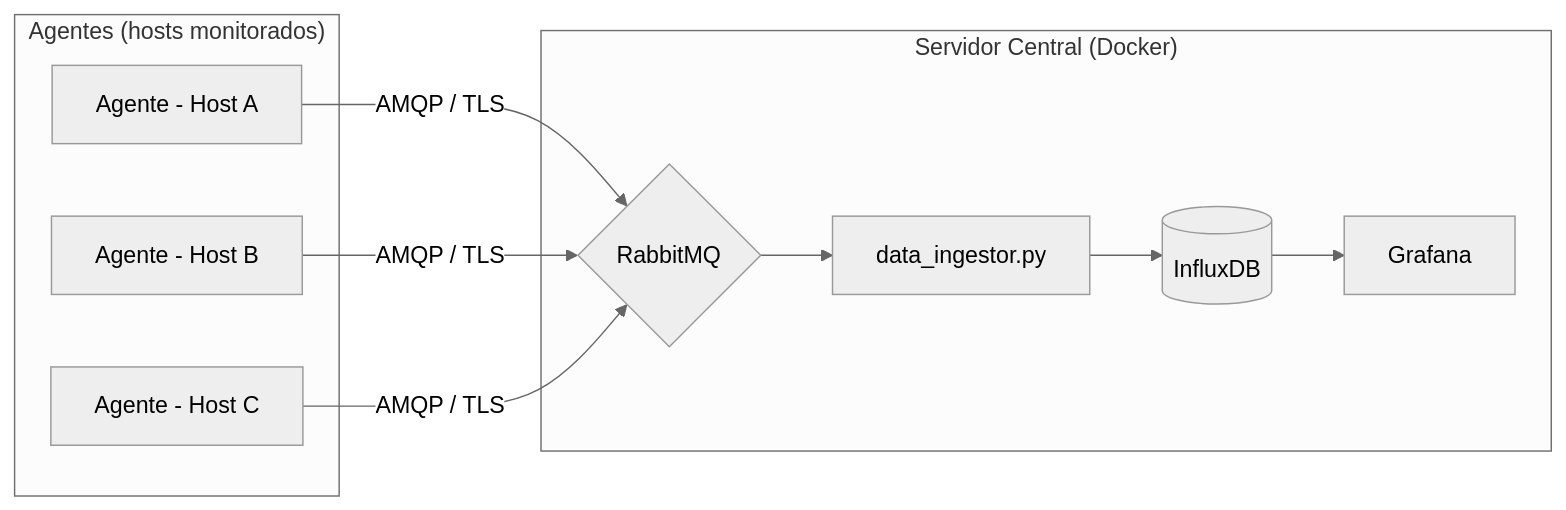
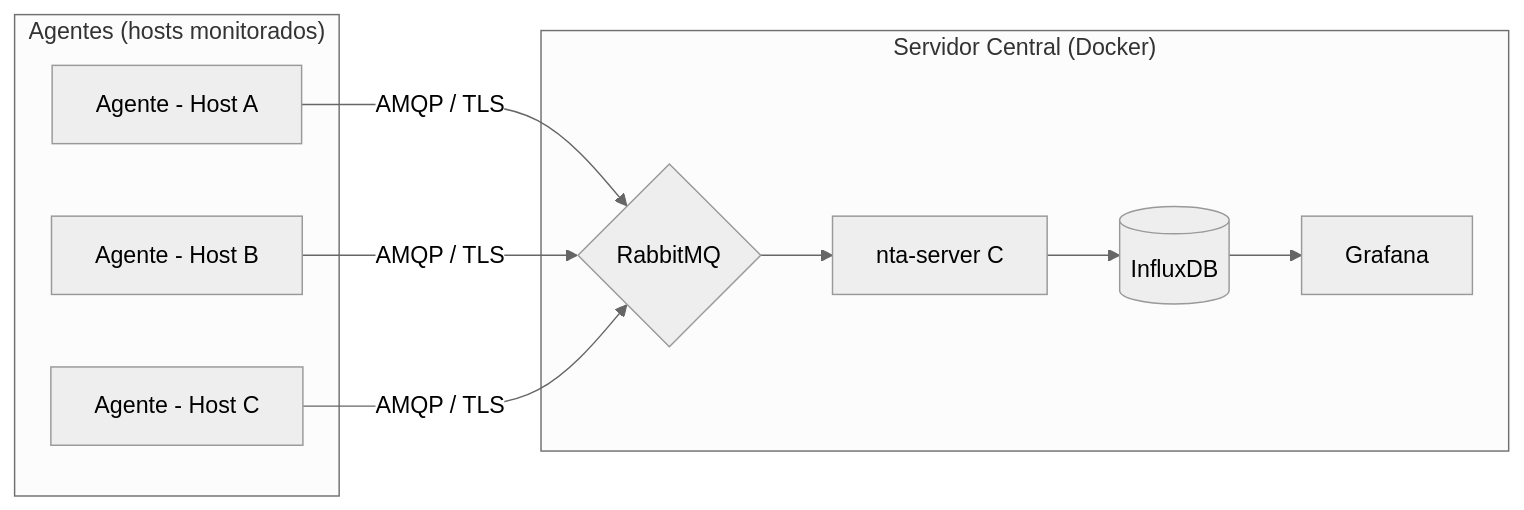
One commit to EduardoMartins-Dev/Network-Traffic-Analyzer changed the diagram in README.md. Above: the diagram before and after it, drawn with Mermaid (neutral theme). The commit also changed other lines of this file and 10 other files, not shown here.

````diff
--- a/README.md
+++ b/README.md
@@ -92,22 +92,22 @@
 ```mermaid
 flowchart LR
     subgraph Agents["Agentes (hosts monitorados)"]
         A1[Agente - Host A]
         A2[Agente - Host B]
         A3[Agente - Host C]
     end
 
     subgraph Server["Servidor Central (Docker)"]
         B{RabbitMQ}
-        C[data_ingestor.py]
+        C[nta-server C]
         D[(InfluxDB)]
         E[Grafana]
     end
 
     A1 -->|AMQP / TLS| B
     A2 -->|AMQP / TLS| B
     A3 -->|AMQP / TLS| B
     B --> C
     C --> D
     D --> E
 ```
````
